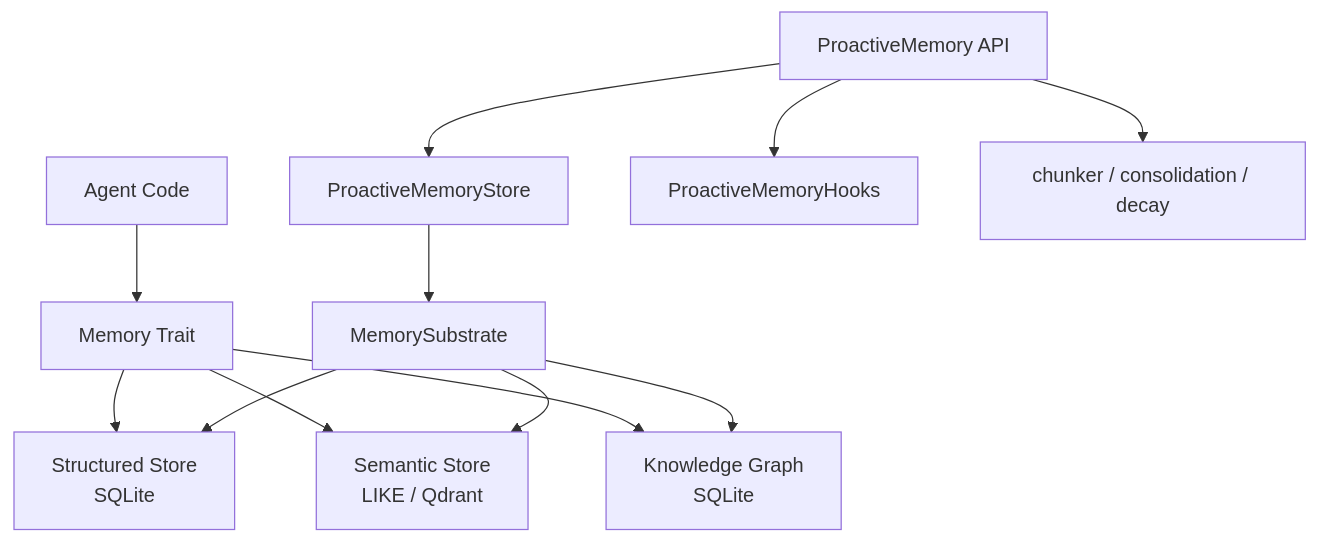
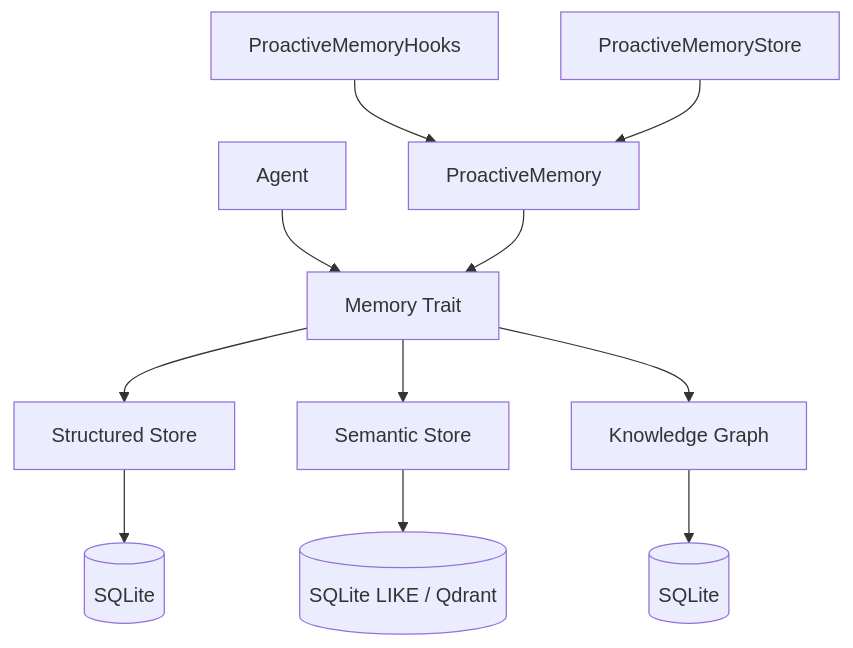
Before and after one commit to leszek3737/librefang-WIki: the diagram in other-librefang-memory.md, drawn with Mermaid. The commit also changed other lines of this file and 119 other files, not shown here.

````diff
--- a/other-librefang-memory.md
+++ b/other-librefang-memory.md
@@ -9,16 +9,13 @@
 ```mermaid
 graph TD
-    Agent[Agent Code] --> MT[Memory Trait]
-    MT --> SS[Structured Store<br/>SQLite]
-    MT --> SEM[Semantic Store<br/>LIKE / Qdrant]
-    MT --> KG[Knowledge Graph<br/>SQLite]
-
-    PM[ProactiveMemory API] --> PMS[ProactiveMemoryStore]
-    PMS --> SUB[MemorySubstrate]
-    SUB --> SS
-    SUB --> SEM
-    SUB --> KG
-
-    PM --> HOOKS[ProactiveMemoryHooks]
-    PM --> CHUNK[chunker / consolidation / decay]
+    A[Agent] --> B[Memory Trait]
+    B --> C[Structured Store]
+    B --> D[Semantic Store]
+    B --> E[Knowledge Graph]
+    C --> F[(SQLite)]
+    D --> G[(SQLite LIKE / Qdrant)]
+    E --> H[(SQLite)]
+    I[ProactiveMemory] --> B
+    J[ProactiveMemoryHooks] --> I
+    K[ProactiveMemoryStore] --> I
 ```
````
